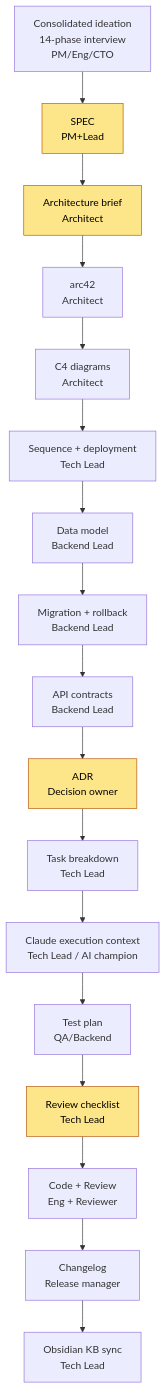
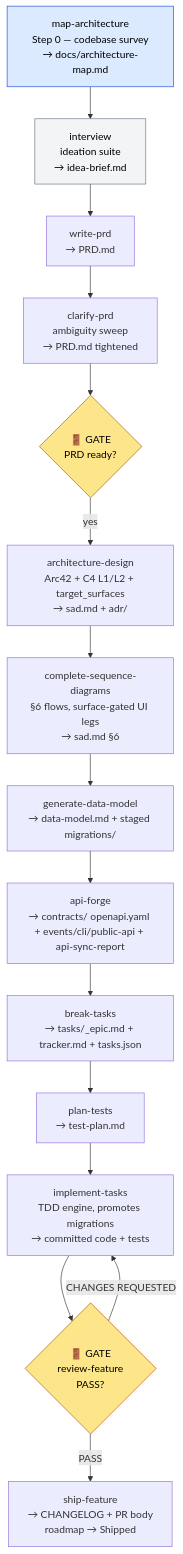
One commit to genkovich/agentic-engineering-course-public changed the diagram in modules/6-sdlc/sdlc/00-overview/process-map.md. Above: the diagram before and after it, drawn with Mermaid. The commit also changed other lines of this file and 139 other files, not shown here.

First line of the commit message:
sdlc: синк плагіна до v4.5.1 (21 skill, agents, map-architecture)

````diff
--- a/modules/6-sdlc/sdlc/00-overview/process-map.md
+++ b/modules/6-sdlc/sdlc/00-overview/process-map.md
@@ -5,22 +5,36 @@
 ```mermaid
 flowchart TD
-    A[Consolidated ideation<br/>14-phase interview<br/>PM/Eng/CTO] --> C[SPEC<br/>PM+Lead]
-    C --> D[Architecture brief<br/>Architect]
-    D --> E[arc42<br/>Architect]
-    E --> F[C4 diagrams<br/>Architect]
-    F --> G[Sequence + deployment<br/>Tech Lead]
-    G --> H[Data model<br/>Backend Lead]
-    H --> I[Migration + rollback<br/>Backend Lead]
-    I --> J[API contracts<br/>Backend Lead]
-    J --> K[ADR<br/>Decision owner]
-    K --> M[Task breakdown<br/>Tech Lead]
-    M --> N[Claude execution context<br/>Tech Lead / AI champion]
-    N --> O[Test plan<br/>QA/Backend]
-    O --> P[Review checklist<br/>Tech Lead]
-    P --> Q[Code + Review<br/>Eng + Reviewer]
-    Q --> R[Changelog<br/>Release manager]
-    R --> S[Obsidian KB sync<br/>Tech Lead]
+    A0[map-architecture<br/>Step 0 — codebase survey<br/>→ docs/architecture-map.md] --> A1
+
+    A1[interview<br/>ideation suite<br/>→ idea-brief.md] --> B
+
+    B[write-prd<br/>→ PRD.md] --> B2
+    B2[clarify-prd<br/>ambiguity sweep<br/>→ PRD.md tightened]
+
+    B2 --> C
+    C{🚪 GATE<br/>PRD ready?}
+    C -->|yes| D
+
+    D[architecture-design<br/>Arc42 + C4 L1/L2 + target_surfaces<br/>→ sad.md + adr/] --> D2
+    D2[complete-sequence-diagrams<br/>§6 flows, surface-gated UI legs<br/>→ sad.md §6]
+
+    D2 --> E[generate-data-model<br/>→ data-model.md + staged migrations/]
+    E --> F[api-forge<br/>→ contracts/ openapi.yaml + events/cli/public-api + api-sync-report]
+    F --> G[break-tasks<br/>→ tasks/_epic.md + tracker.md + tasks.json]
+    G --> H[plan-tests<br/>→ test-plan.md]
+    H --> I[implement-tasks<br/>TDD engine, promotes migrations<br/>→ committed code + tests]
+
+    I --> J
+    J{🚪 GATE<br/>review-feature<br/>PASS?}
+    J -->|CHANGES REQUESTED| I
+    J -->|PASS| K
+
+    K[ship-feature<br/>→ CHANGELOG + PR body<br/>roadmap → Shipped]
 
     classDef gate fill:#fde68a,stroke:#b45309,color:#000;
-    class C,D,K,P gate;
+    classDef step0 fill:#dbeafe,stroke:#1d4ed8,color:#000;
+    classDef util fill:#f3f4f6,stroke:#6b7280,color:#000;
+    class C,J gate;
+    class A0 step0;
+    class A1 util;
 ```
````
